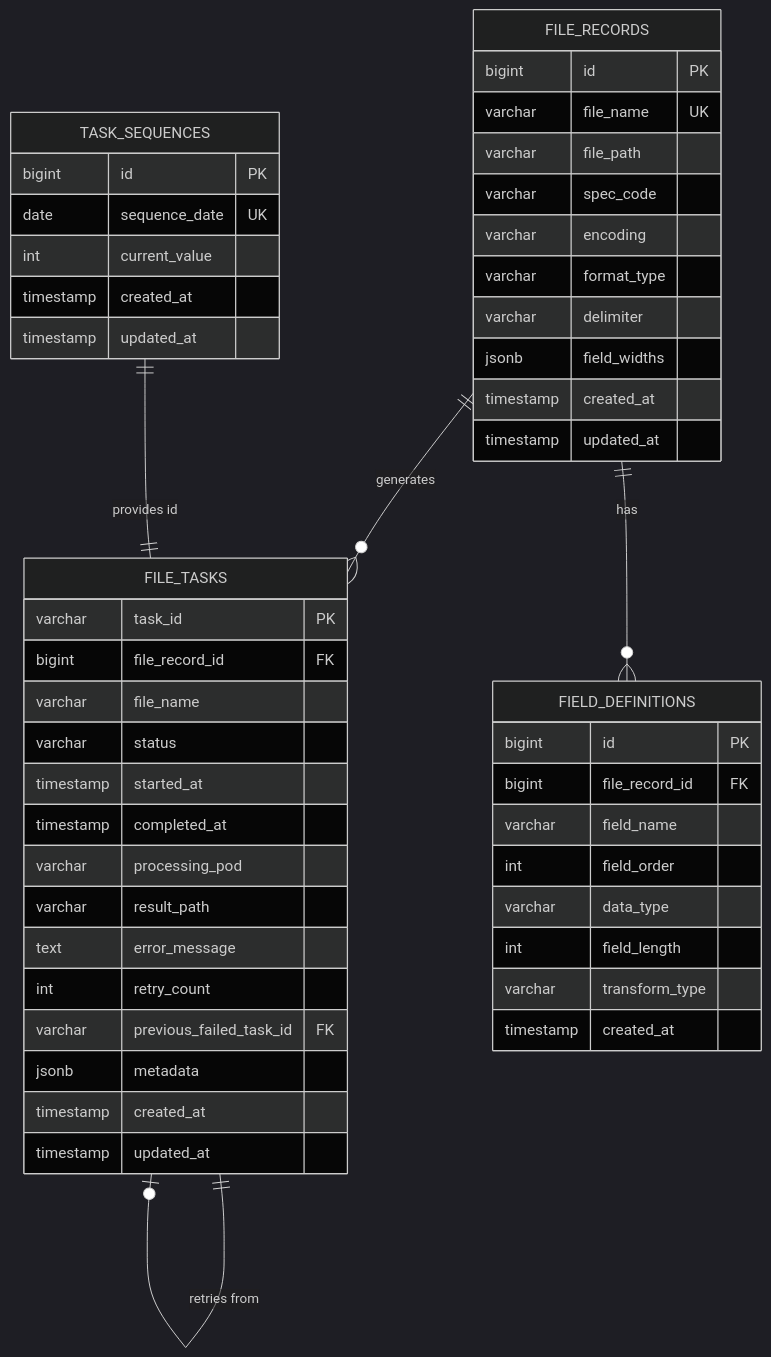
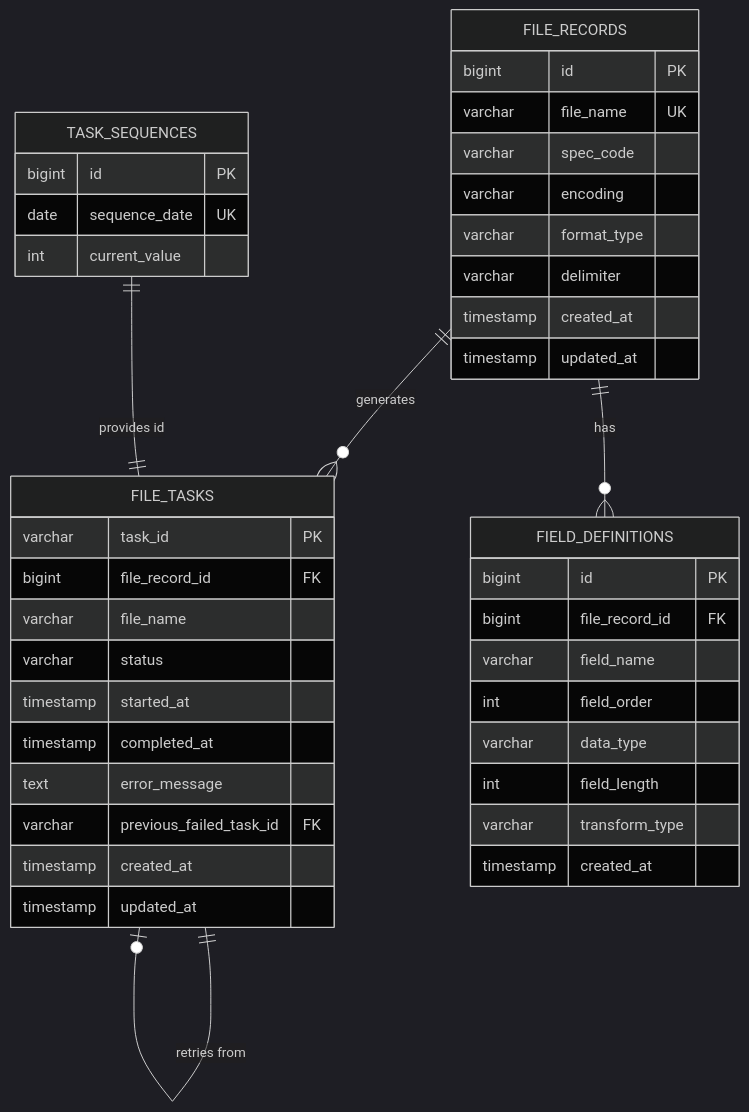
One commit to OccultusTW/spec-kit-template changed the diagram in specs/001-boa-bch-transformat/data-model.md. Above: the diagram before and after it, drawn with Mermaid (dark theme). The commit also changed other lines of this file and 4 other files, not shown here.

````diff
--- a/specs/001-boa-bch-transformat/data-model.md
+++ b/specs/001-boa-bch-transformat/data-model.md
@@ -18,56 +32,48 @@
 ```mermaid
 erDiagram
     FILE_RECORDS ||--o{ FILE_TASKS : "generates"
     FILE_RECORDS ||--o{ FIELD_DEFINITIONS : "has"
     FILE_TASKS ||--o| FILE_TASKS : "retries from"
     TASK_SEQUENCES ||--|| FILE_TASKS : "provides id"
     
     FILE_RECORDS {
         bigint id PK
         varchar file_name UK
-        varchar file_path
         varchar spec_code
         varchar encoding
         varchar format_type
         varchar delimiter
-        jsonb field_widths
         timestamp created_at
         timestamp updated_at
     }
     
     FIELD_DEFINITIONS {
         bigint id PK
         bigint file_record_id FK
         varchar field_name
         int field_order
         varchar data_type
         int field_length
         varchar transform_type
         timestamp created_at
     }
     
     FILE_TASKS {
         varchar task_id PK
         bigint file_record_id FK
         varchar file_name
         varchar status
         timestamp started_at
         timestamp completed_at
-        varchar processing_pod
-        varchar result_path
         text error_message
-        int retry_count
         varchar previous_failed_task_id FK
-        jsonb metadata
         timestamp created_at
         timestamp updated_at
     }
     
     TASK_SEQUENCES {
         bigint id PK
         date sequence_date UK
         int current_value
-        timestamp created_at
-        timestamp updated_at
     }
 ```
````
